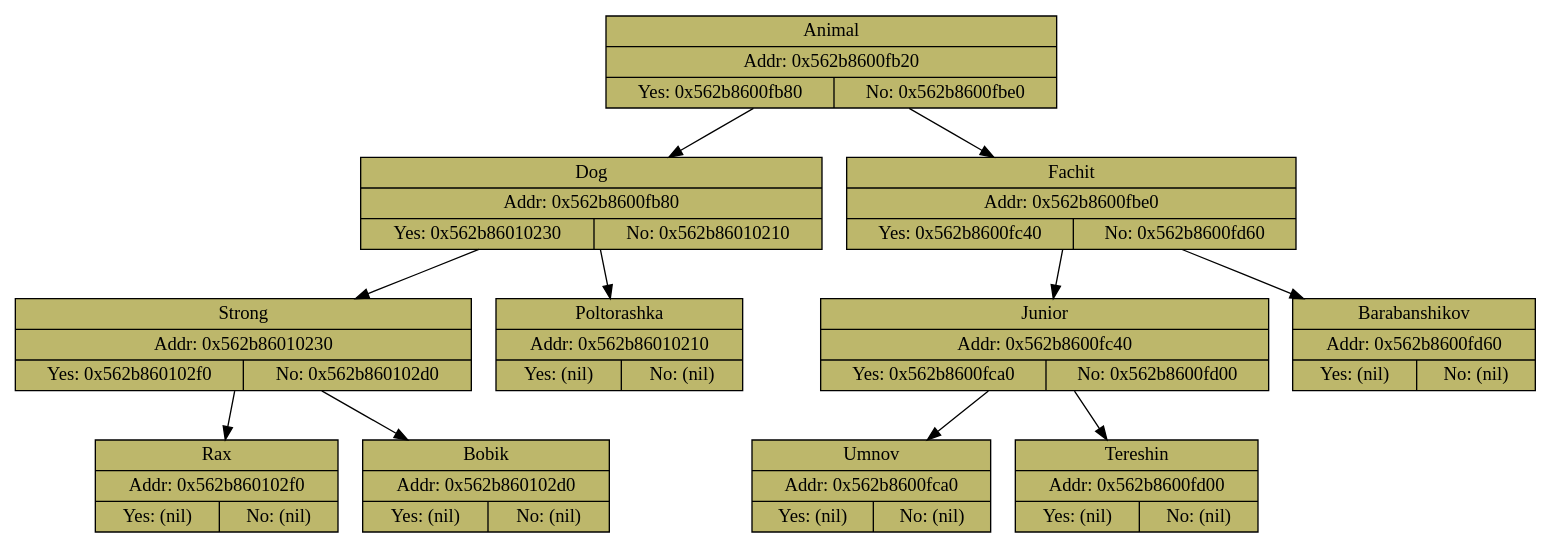
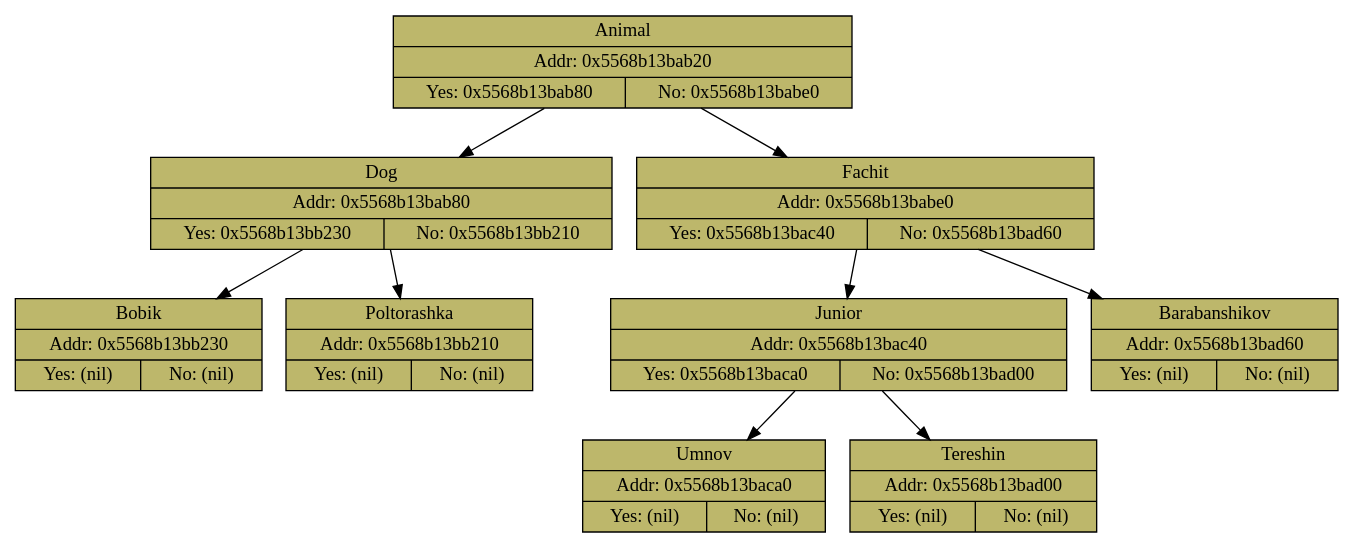
One commit to greggregbean/akinator changed the diagram in gpraph.dot. Above: the diagram before and after it, drawn with Graphviz. The commit also changed 3 other files, not shown here.

```diff
--- a/gpraph.dot
+++ b/gpraph.dot
@@ -1,24 +1,20 @@
 digraph 
 {
- Animal [shape=record, fillcolor = darkkhaki, style = filled, label = " { Animal | Addr: 0x562b8600fb20 | {Yes: 0x562b8600fb80 | No: 0x562b8600fbe0 }}" ] 
+ Animal [shape=record, fillcolor = darkkhaki, style = filled, label = " { Animal | Addr: 0x5568b13bab20 | {Yes: 0x5568b13bab80 | No: 0x5568b13babe0 }}" ] 
  Animal -> Dog; 
- Dog [shape=record, fillcolor = darkkhaki, style = filled, label = " { Dog | Addr: 0x562b8600fb80 | {Yes: 0x562b86010230 | No: 0x562b86010210 }}" ] 
- Dog -> Strong; 
- Strong [shape=record, fillcolor = darkkhaki, style = filled, label = " { Strong | Addr: 0x562b86010230 | {Yes: 0x562b860102f0 | No: 0x562b860102d0 }}" ] 
- Strong -> Rax; 
- Rax [shape=record, fillcolor = darkkhaki, style = filled, label = " { Rax | Addr: 0x562b860102f0 | {Yes: (nil) | No: (nil) }}" ] 
- Strong -> Bobik; 
- Bobik [shape=record, fillcolor = darkkhaki, style = filled, label = " { Bobik | Addr: 0x562b860102d0 | {Yes: (nil) | No: (nil) }}" ] 
+ Dog [shape=record, fillcolor = darkkhaki, style = filled, label = " { Dog | Addr: 0x5568b13bab80 | {Yes: 0x5568b13bb230 | No: 0x5568b13bb210 }}" ] 
+ Dog -> Bobik; 
+ Bobik [shape=record, fillcolor = darkkhaki, style = filled, label = " { Bobik | Addr: 0x5568b13bb230 | {Yes: (nil) | No: (nil) }}" ] 
  Dog -> Poltorashka; 
- Poltorashka [shape=record, fillcolor = darkkhaki, style = filled, label = " { Poltorashka | Addr: 0x562b86010210 | {Yes: (nil) | No: (nil) }}" ] 
+ Poltorashka [shape=record, fillcolor = darkkhaki, style = filled, label = " { Poltorashka | Addr: 0x5568b13bb210 | {Yes: (nil) | No: (nil) }}" ] 
  Animal -> Fachit; 
- Fachit [shape=record, fillcolor = darkkhaki, style = filled, label = " { Fachit | Addr: 0x562b8600fbe0 | {Yes: 0x562b8600fc40 | No: 0x562b8600fd60 }}" ] 
+ Fachit [shape=record, fillcolor = darkkhaki, style = filled, label = " { Fachit | Addr: 0x5568b13babe0 | {Yes: 0x5568b13bac40 | No: 0x5568b13bad60 }}" ] 
  Fachit -> Junior; 
- Junior [shape=record, fillcolor = darkkhaki, style = filled, label = " { Junior | Addr: 0x562b8600fc40 | {Yes: 0x562b8600fca0 | No: 0x562b8600fd00 }}" ] 
+ Junior [shape=record, fillcolor = darkkhaki, style = filled, label = " { Junior | Addr: 0x5568b13bac40 | {Yes: 0x5568b13baca0 | No: 0x5568b13bad00 }}" ] 
  Junior -> Umnov; 
- Umnov [shape=record, fillcolor = darkkhaki, style = filled, label = " { Umnov | Addr: 0x562b8600fca0 | {Yes: (nil) | No: (nil) }}" ] 
+ Umnov [shape=record, fillcolor = darkkhaki, style = filled, label = " { Umnov | Addr: 0x5568b13baca0 | {Yes: (nil) | No: (nil) }}" ] 
  Junior -> Tereshin; 
- Tereshin [shape=record, fillcolor = darkkhaki, style = filled, label = " { Tereshin | Addr: 0x562b8600fd00 | {Yes: (nil) | No: (nil) }}" ] 
+ Tereshin [shape=record, fillcolor = darkkhaki, style = filled, label = " { Tereshin | Addr: 0x5568b13bad00 | {Yes: (nil) | No: (nil) }}" ] 
  Fachit -> Barabanshikov; 
- Barabanshikov [shape=record, fillcolor = darkkhaki, style = filled, label = " { Barabanshikov | Addr: 0x562b8600fd60 | {Yes: (nil) | No: (nil) }}" ] 
+ Barabanshikov [shape=record, fillcolor = darkkhaki, style = filled, label = " { Barabanshikov | Addr: 0x5568b13bad60 | {Yes: (nil) | No: (nil) }}" ] 
 }
```
